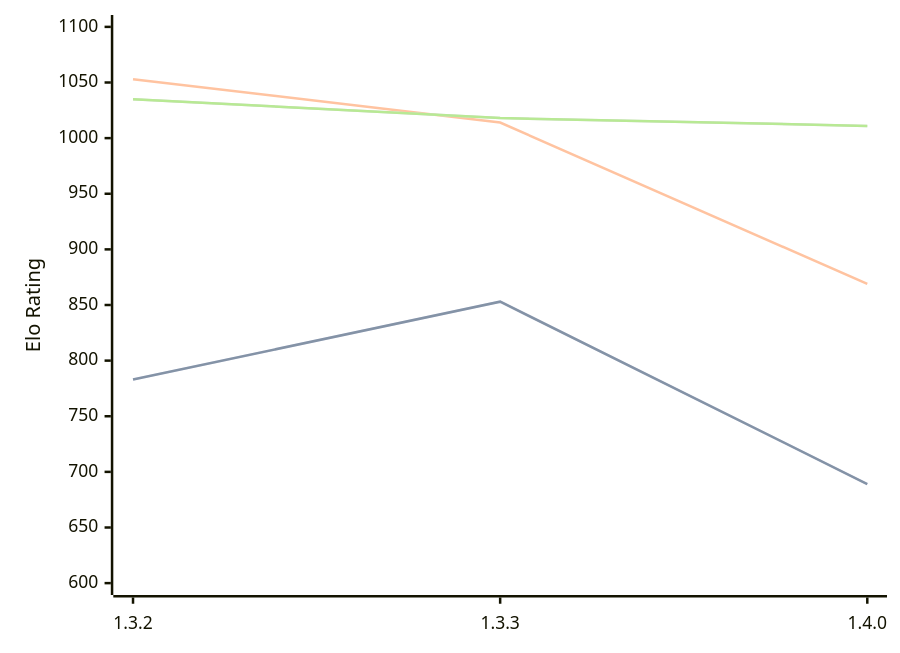
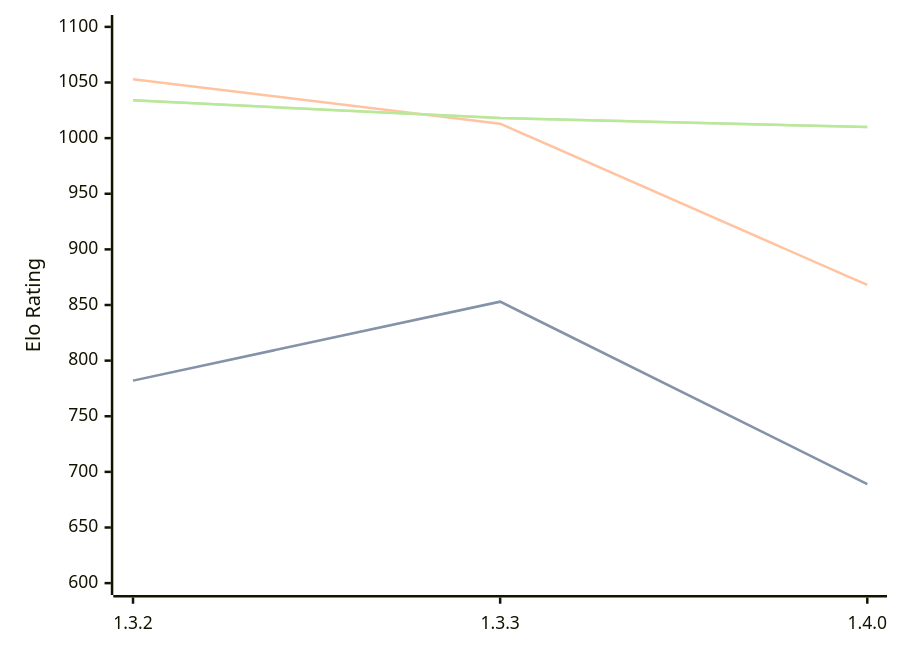
One commit to computer-chess-index/cci changed the third of 3 diagrams in engines/Whitespine.md. Above: the diagram before and after it, drawn with Mermaid. The commit also changed other lines of this file, not shown here.

Commit message:
Update CCI Ratings (ELO VLTC) - 2026-06-27

````diff
--- a/engines/Whitespine.md
+++ b/engines/Whitespine.md
@@ -69,11 +69,11 @@
 ```mermaid
 %%{init: {"theme":"base","themeVariables":{"seriesColors:['#a3a3a3','#222221','#faa371']}}}%%
 xychart-beta
   x-axis ["1.3.2", "1.3.3", "1.4.0"]
   y-axis "Elo Rating" 600 --> 1100
-  line "STC (8.0+0.08s)" [783, 853, 689]
-  line "STC (8.0+0.08s)" [783, 853, 689]
-  line "LTC (60.0+0.60s)" [1053, 1014, 869]
-  line "VLTC (2m24s+1.12s)" [1035, 1018, 1011]
-  line "VLTC (2m24s+1.12s)" [1035, 1018, 1011]
+  line "STC (8.0+0.08s)" [782, 853, 689]
+  line "STC (8.0+0.08s)" [782, 853, 689]
+  line "LTC (60.0+0.60s)" [1053, 1013, 868]
+  line "VLTC (2m24s+1.12s)" [1034, 1018, 1010]
+  line "VLTC (2m24s+1.12s)" [1034, 1018, 1010]
 ```
````
